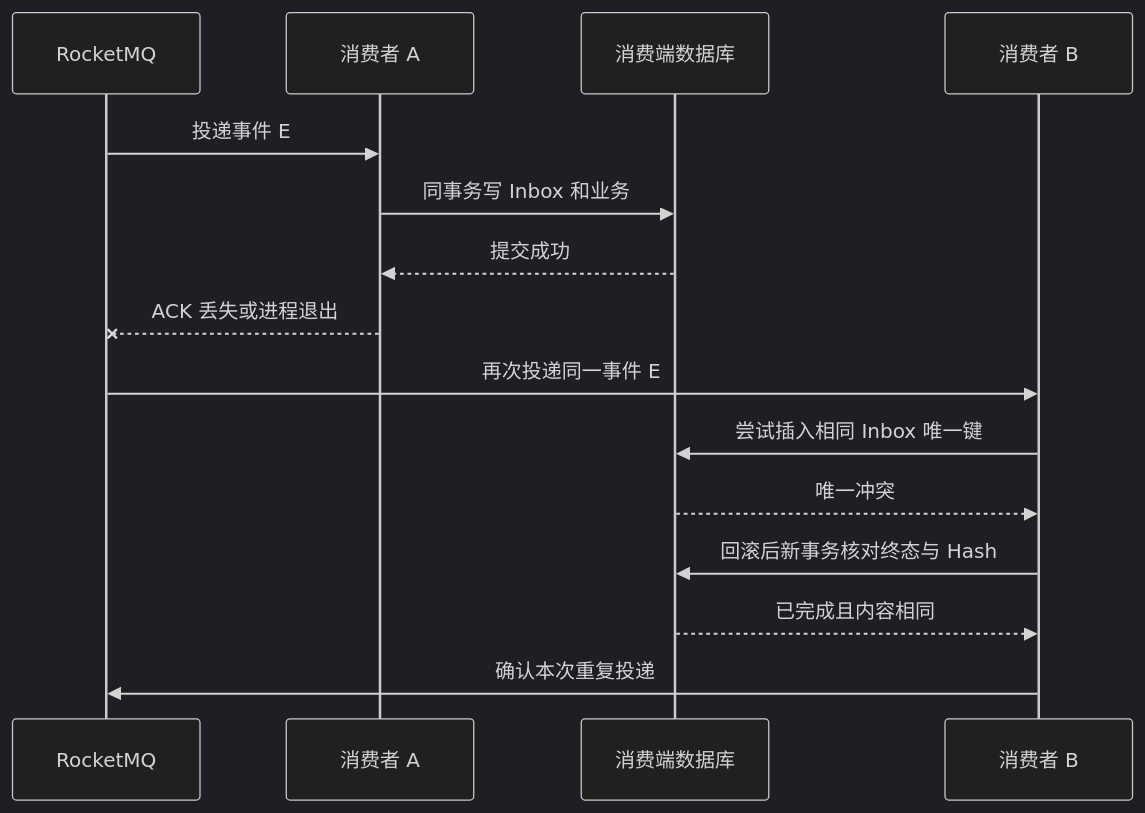
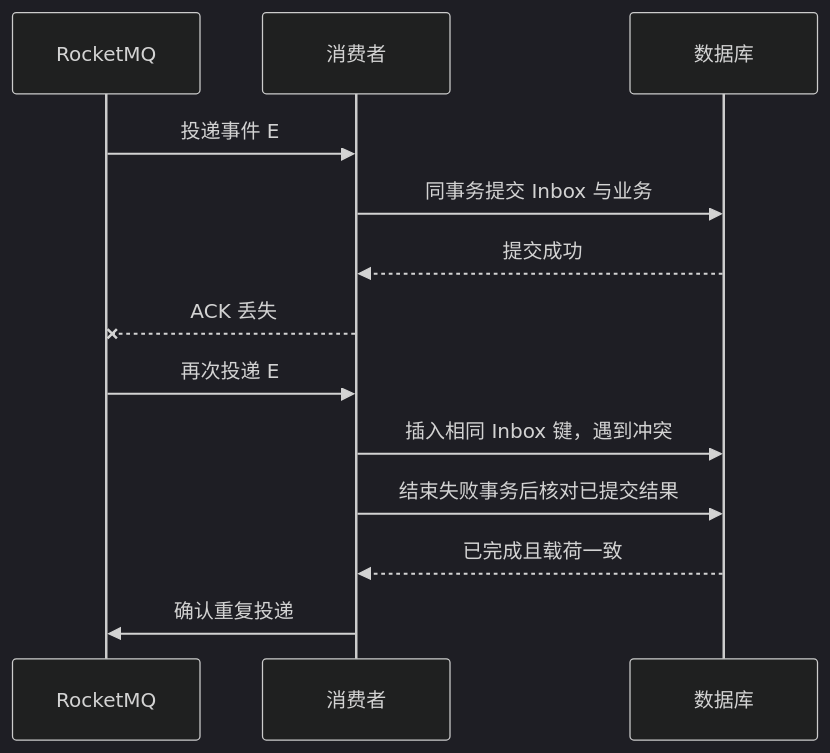
Before and after one commit to suxiongwei/without-me: the third of 4 diagrams in doc/topics/outbox-rocketmq-inbox.md, drawn with Mermaid (dark theme). The commit also changed other lines of this file and 20 other files, not shown here.

````diff
--- a/doc/topics/outbox-rocketmq-inbox.md
+++ b/doc/topics/outbox-rocketmq-inbox.md
@@ -385,17 +117,15 @@
 ```mermaid
 sequenceDiagram
     participant M as RocketMQ
-    participant A as 消费者 A
-    participant D as 消费端数据库
-    participant B as 消费者 B
-    M->>A: 投递事件 E
-    A->>D: 同事务写 Inbox 和业务
-    D-->>A: 提交成功
-    A--xM: ACK 丢失或进程退出
-    M->>B: 再次投递同一事件 E
-    B->>D: 尝试插入相同 Inbox 唯一键
-    D-->>B: 唯一冲突
-    B->>D: 回滚后新事务核对终态与 Hash
-    D-->>B: 已完成且内容相同
-    B->>M: 确认本次重复投递
+    participant C as 消费者
+    participant D as 数据库
+    M->>C: 投递事件 E
+    C->>D: 同事务提交 Inbox 与业务
+    D-->>C: 提交成功
+    C--xM: ACK 丢失
+    M->>C: 再次投递 E
+    C->>D: 插入相同 Inbox 键，遇到冲突
+    C->>D: 结束失败事务后核对已提交结果
+    D-->>C: 已完成且载荷一致
+    C->>M: 确认重复投递
 ```
````
